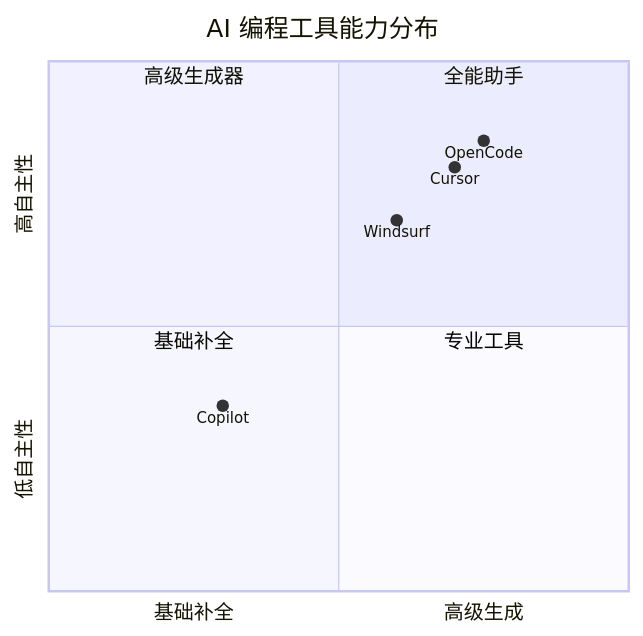
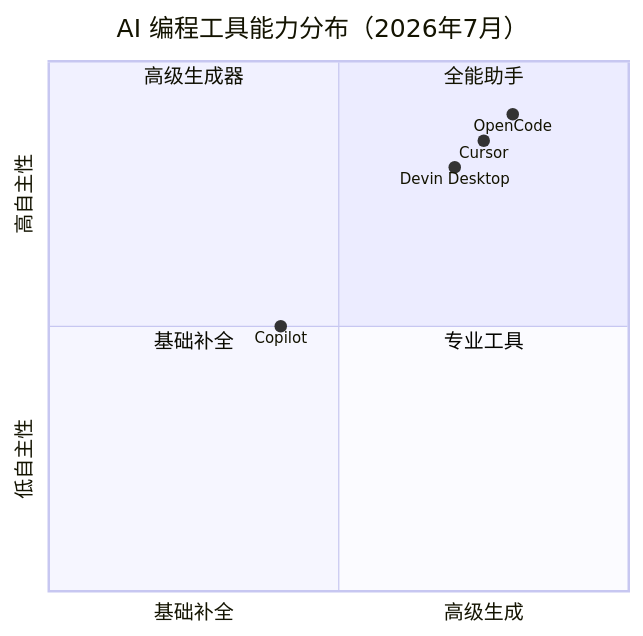
The first of 2 diagrams in docs/ai-dev/ai-tools-overview.md (TonyXY/frontend-interview), drawn with Mermaid before and after one commit. The commit also changed other lines of this file and 5 other files, not shown here.

````diff
--- a/docs/ai-dev/ai-tools-overview.md
+++ b/docs/ai-dev/ai-tools-overview.md
@@ -18,14 +18,14 @@
 ```mermaid
 quadrantChart
-    title AI 编程工具能力分布
+    title AI 编程工具能力分布（2026年7月）
     x-axis 基础补全 --> 高级生成
     y-axis 低自主性 --> 高自主性
     quadrant-1 "全能助手"
     quadrant-2 "高级生成器"
     quadrant-3 "基础补全"
     quadrant-4 "专业工具"
-    "Copilot": [0.3, 0.35]
-    "Cursor": [0.7, 0.8]
-    "Windsurf": [0.6, 0.7]
-    "OpenCode": [0.75, 0.85]
+    "Copilot": [0.4, 0.5]
+    "Cursor": [0.75, 0.85]
+    "Devin Desktop": [0.7, 0.8]
+    "OpenCode": [0.8, 0.9]
 ```
````
